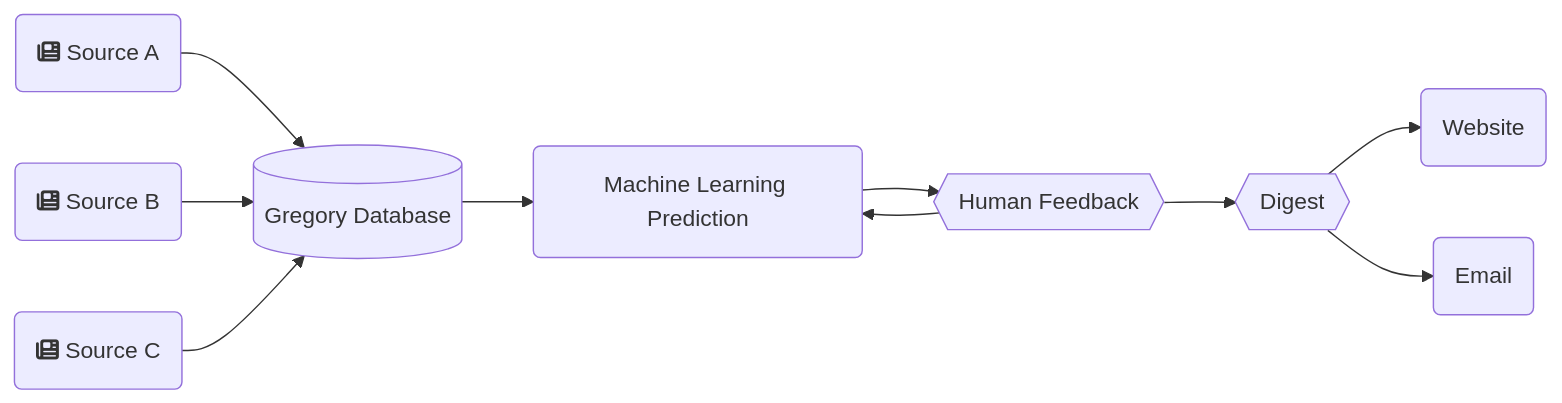
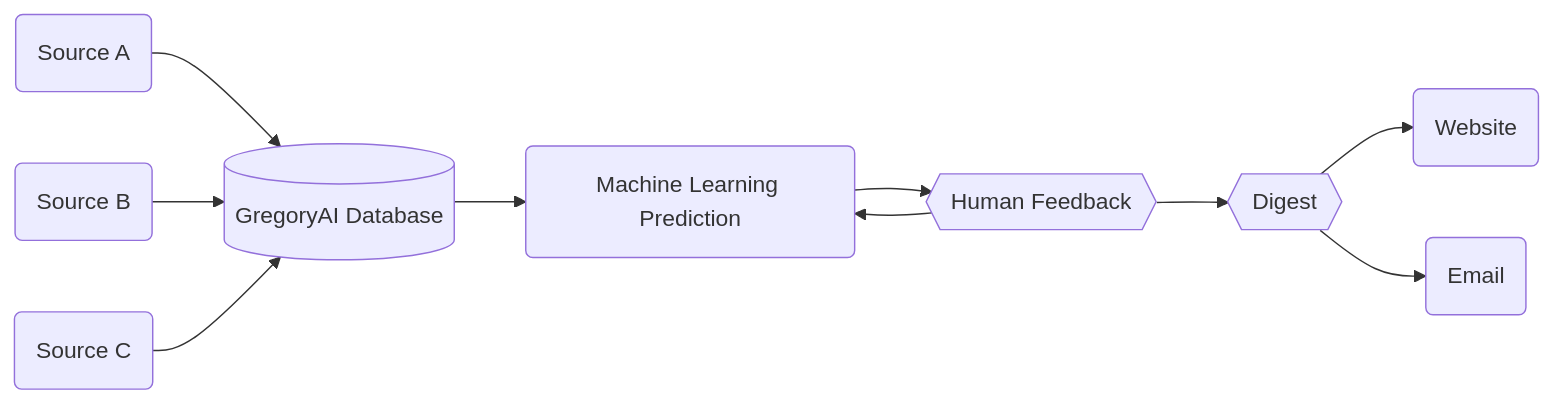
Before and after one commit to brunoamaral/gregory-ai: the diagram in docs/00-intro.md, drawn with Mermaid. The commit also changed other lines of this file and 35 other files, not shown here.

````diff
--- a/docs/00-intro.md
+++ b/docs/00-intro.md
@@ -73,12 +37,12 @@
 ```mermaid
-flowchart LR;
- SourcesA(fa:fa-newspaper Source A) --> DB[("Gregory Database")];
- SourcesB(fa:fa-newspaper Source B) --> DB;
- SourcesC(fa:fa-newspaper Source C) --> DB;
- DB --> Model("Machine Learning Prediction");
- Model --> RF{{"Human Feedback"}};
- RF --> Model;
- RF --> PD{{"Digest"}};
- PD --> site("Website")
- PD --> email("Email")
+flowchart LR
+  SourcesA(Source A) --> DB[("GregoryAI Database")]
+  SourcesB(Source B) --> DB
+  SourcesC(Source C) --> DB
+  DB --> Model("Machine Learning Prediction")
+  Model --> RF{{"Human Feedback"}}
+  RF --> Model
+  RF --> PD{{"Digest"}}
+  PD --> site("Website")
+  PD --> email("Email")
 ```
````
